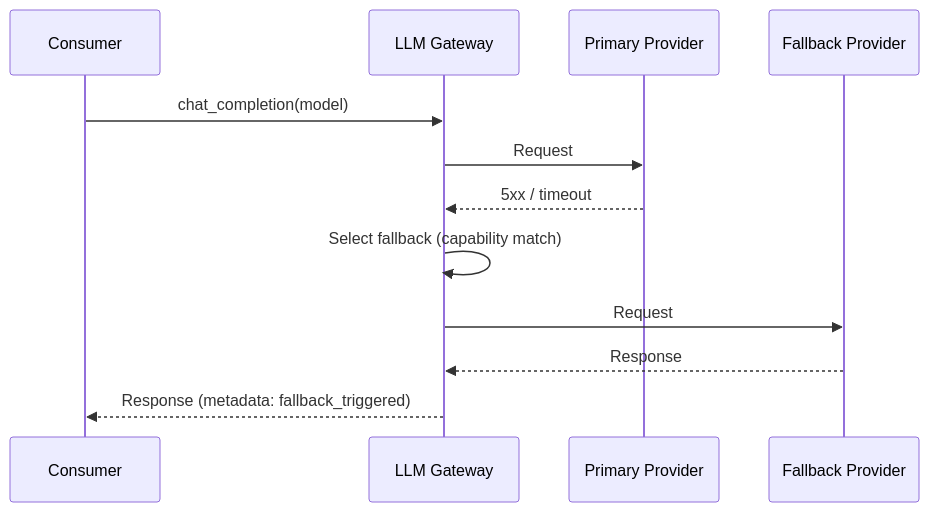
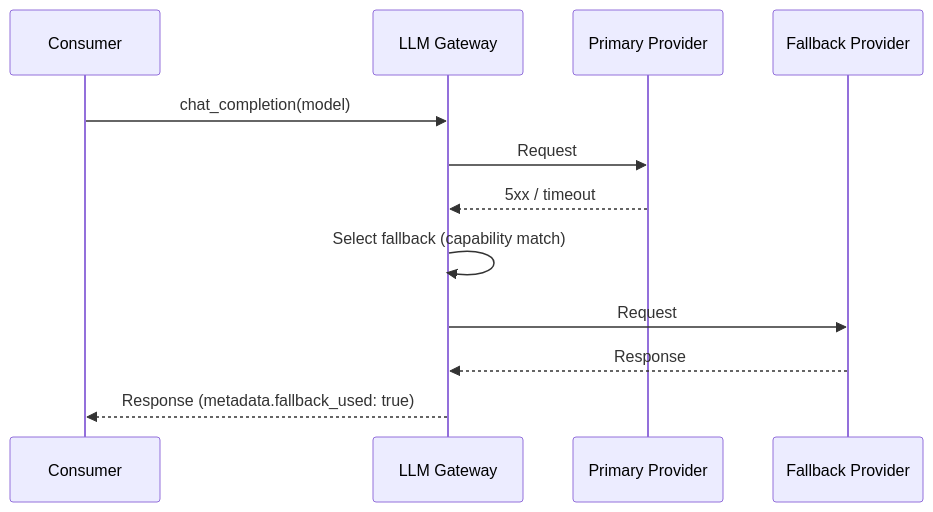
Before and after one commit to hypernetix/hyperspot: diagram 16 of 22 in modules/llm_gateway/docs/SCENARIOS.md, drawn with Mermaid. The commit also changed other lines of this file and 1 other file, not shown here.

Commit message:
docs(llm_gateway): response normalization, provider api extensions, async jobs

````diff
--- a/modules/llm_gateway/docs/SCENARIOS.md
+++ b/modules/llm_gateway/docs/SCENARIOS.md
@@ -603,15 +797,15 @@
 ```mermaid
 sequenceDiagram
     participant C as Consumer
     participant GW as LLM Gateway
     participant P1 as Primary Provider
     participant P2 as Fallback Provider
 
     C->>GW: chat_completion(model)
     GW->>P1: Request
     P1-->>GW: 5xx / timeout
     GW->>GW: Select fallback (capability match)
     GW->>P2: Request
     P2-->>GW: Response
-    GW-->>C: Response (metadata: fallback_triggered)
+    GW-->>C: Response (metadata.fallback_used: true)
 ```
````
